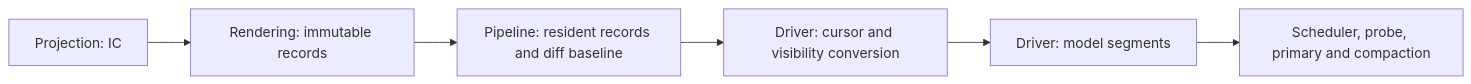
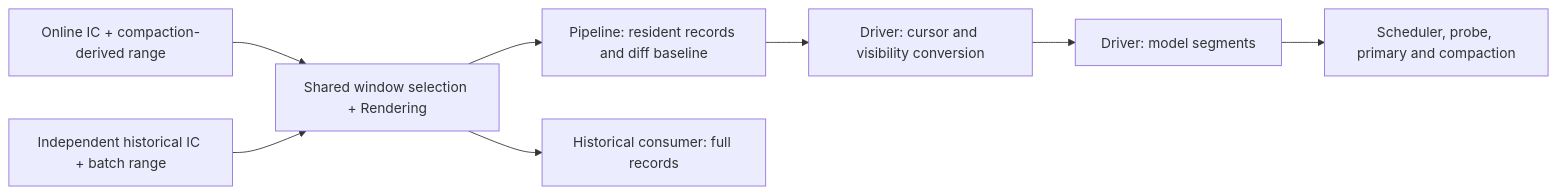
The diagram in docs/rendering-interfaces.md (Menci/Cahciua), drawn with Mermaid before and after one commit. The commit also changed other lines of this file and 11 other files, not shown here.

Commit message:
refactor(rendering): share consumer-owned output windows

````diff
--- a/docs/rendering-interfaces.md
+++ b/docs/rendering-interfaces.md
@@ -5,8 +5,10 @@
 ```mermaid
 flowchart LR
-  IC[Projection: IC] --> R[Rendering: immutable records]
+  IC[Online IC + compaction-derived range] --> R[Shared window selection + Rendering]
+  H[Independent historical IC + batch range] --> R
   R --> P[Pipeline: resident records and diff baseline]
+  R --> HC[Historical consumer: full records]
   P --> V[Driver: cursor and visibility conversion]
   V --> RC[Driver: model segments]
   RC --> M[Scheduler, probe, primary and compaction]
 ```
````
